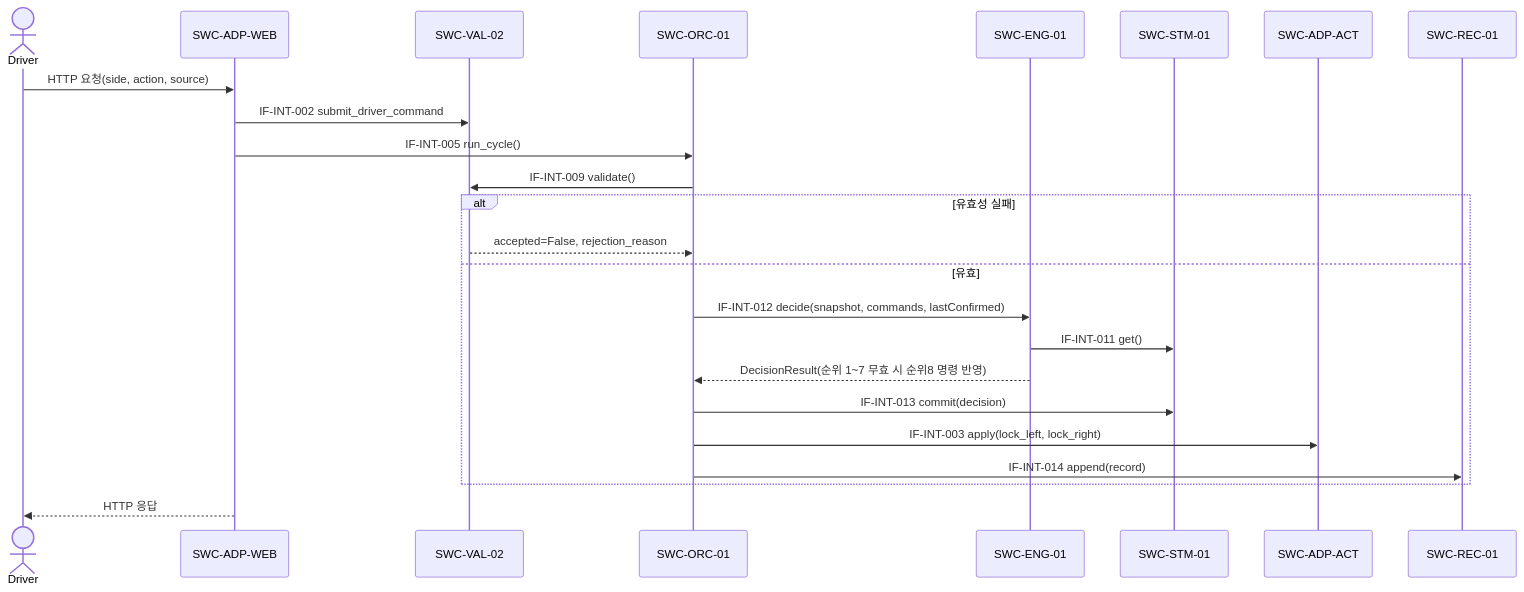
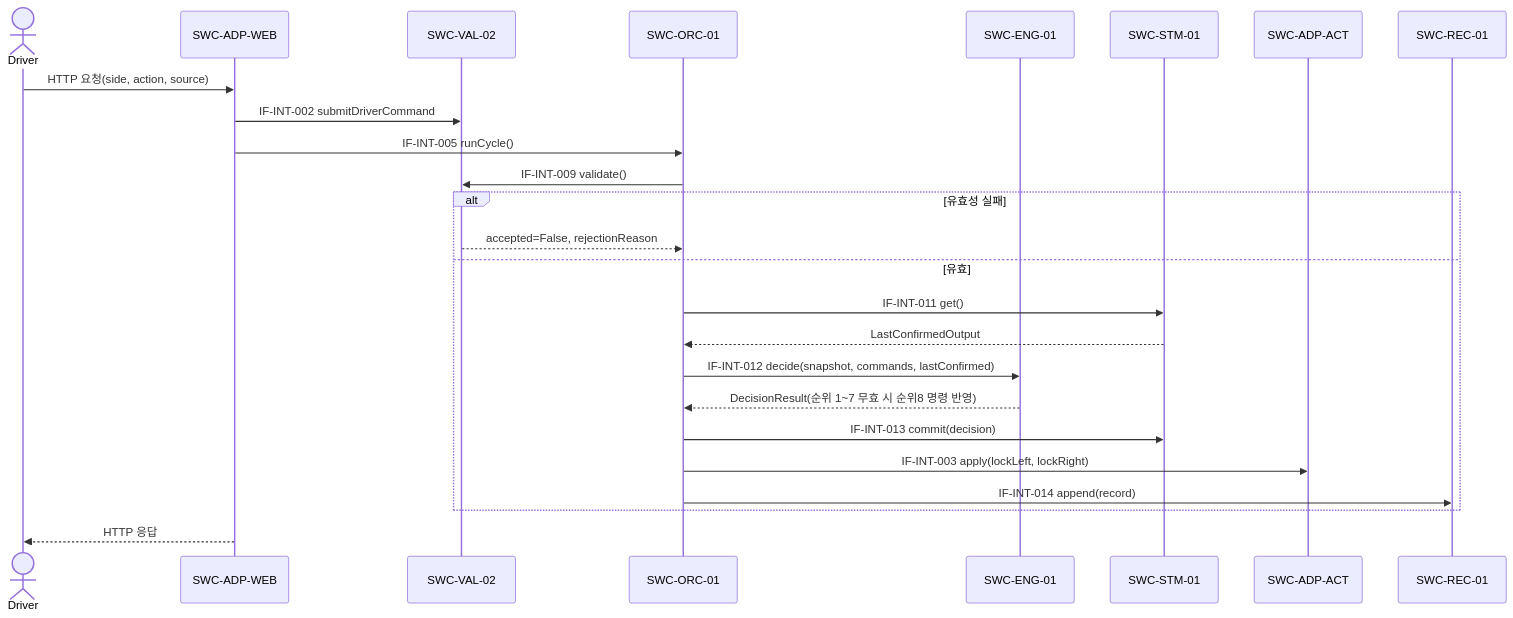
One commit to jay3063/AI_Agent changed the third of 9 diagrams in WorkProducts/Engineering/SoftwareArchitecturalDesign/SWA-001_SW 아키텍처 설계서.md. Above: the diagram before and after it, drawn with Mermaid. The commit also changed other lines of this file and 2 other files, not shown here.

````diff
--- a/WorkProducts/Engineering/SoftwareArchitecturalDesign/SWA-001_SW 아키텍처 설계서.md
+++ b/WorkProducts/Engineering/SoftwareArchitecturalDesign/SWA-001_SW 아키텍처 설계서.md
@@ -326,27 +326,28 @@
 ```mermaid
 sequenceDiagram
     actor Driver
     participant ADP as SWC-ADP-WEB
     participant VAL2 as SWC-VAL-02
     participant ORC as SWC-ORC-01
     participant ENG as SWC-ENG-01
     participant STM as SWC-STM-01
     participant ACT as SWC-ADP-ACT
     participant REC as SWC-REC-01
 
     Driver->>ADP: HTTP 요청(side, action, source)
-    ADP->>VAL2: IF-INT-002 submit_driver_command
-    ADP->>ORC: IF-INT-005 run_cycle()
+    ADP->>VAL2: IF-INT-002 submitDriverCommand
+    ADP->>ORC: IF-INT-005 runCycle()
     ORC->>VAL2: IF-INT-009 validate()
     alt 유효성 실패
-        VAL2-->>ORC: accepted=False, rejection_reason
+        VAL2-->>ORC: accepted=False, rejectionReason
     else 유효
+        ORC->>STM: IF-INT-011 get()
+        STM-->>ORC: LastConfirmedOutput
         ORC->>ENG: IF-INT-012 decide(snapshot, commands, lastConfirmed)
-        ENG->>STM: IF-INT-011 get()
         ENG-->>ORC: DecisionResult(순위 1~7 무효 시 순위8 명령 반영)
         ORC->>STM: IF-INT-013 commit(decision)
-        ORC->>ACT: IF-INT-003 apply(lock_left, lock_right)
+        ORC->>ACT: IF-INT-003 apply(lockLeft, lockRight)
         ORC->>REC: IF-INT-014 append(record)
     end
     ADP-->>Driver: HTTP 응답
 ```
````
